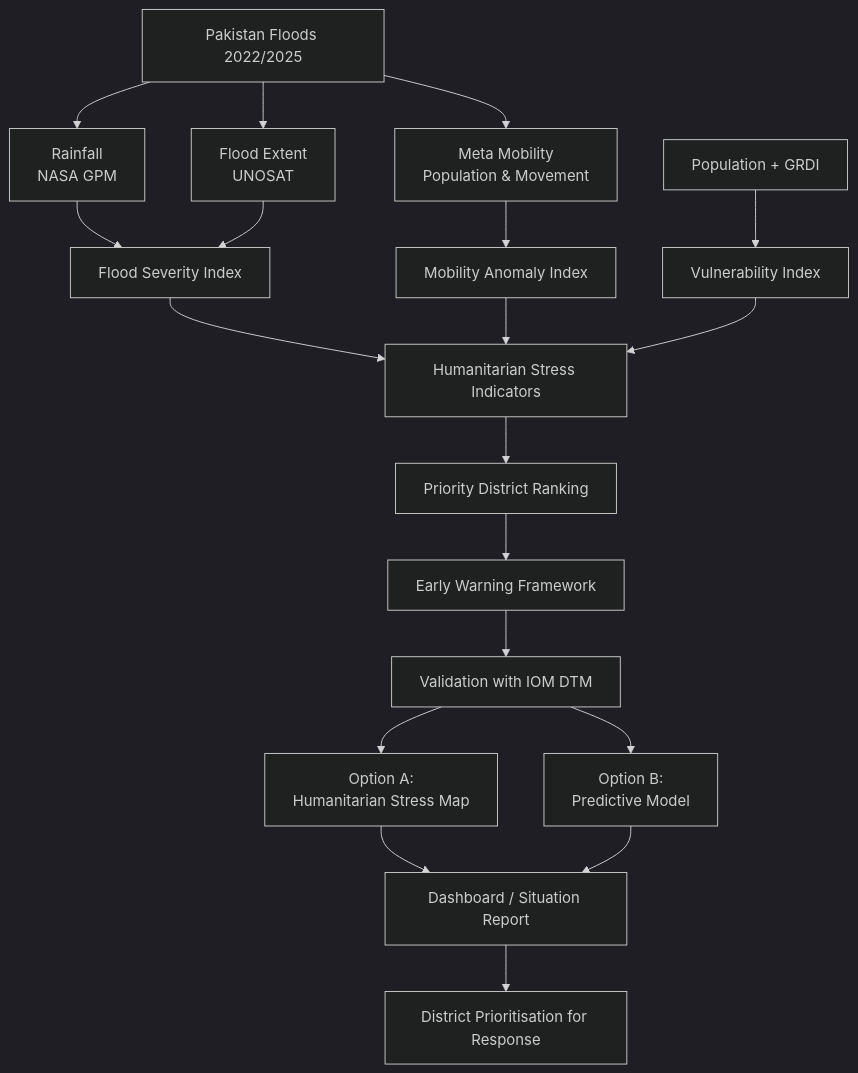
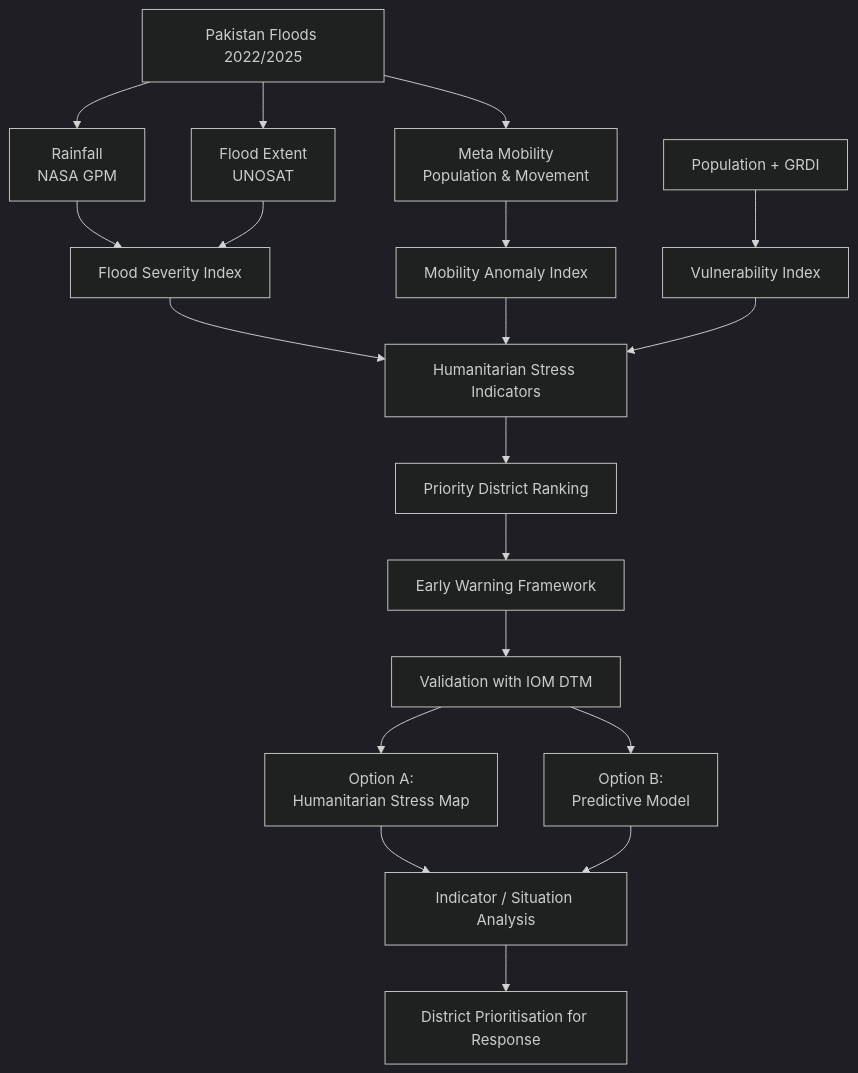
Before and after one commit to mpardy/FloodHackathon: the diagram in README.md, drawn with Mermaid (dark theme).

````diff
--- a/README.md
+++ b/README.md
@@ -91,38 +91,38 @@
 ```mermaid
 flowchart TD
 
 A[Pakistan Floods 2022/2025]
 
 B[Rainfall<br>NASA GPM]
 C[Flood Extent<br>UNOSAT]
 D[Meta Mobility<br>Population & Movement]
 
 A --> B
 A --> C
 A --> D
 
 B --> E[Flood Severity Index]
 C --> E
 
 D --> F[Mobility Anomaly Index]
 
 G[Population + GRDI] --> H[Vulnerability Index]
 
 E --> I[Humanitarian Stress Indicators]
 F --> I
 H --> I
 
 I --> J[Priority District Ranking]
 
 J --> K[Early Warning Framework]
 
 K --> L[Validation with IOM DTM]
 
 L --> M[Option A:<br>Humanitarian Stress Map]
 L --> N[Option B:<br>Predictive Model]
 
-M --> O[Dashboard / Situation Report]
+M --> O[Indicator / Situation Analysis]
 N --> O
 
 O --> P[District Prioritisation for Response]
 ```
````
